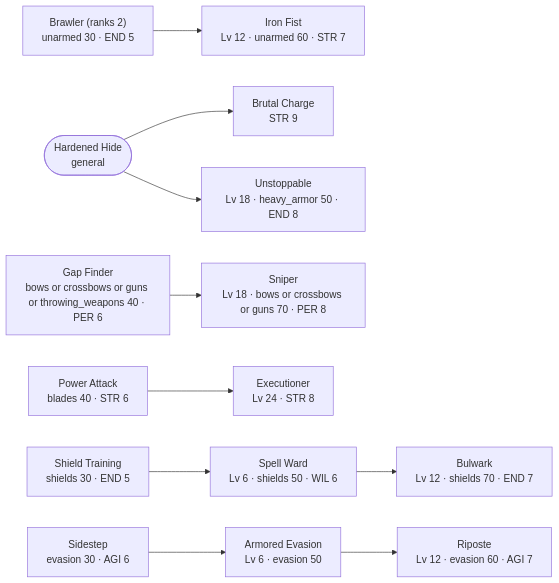
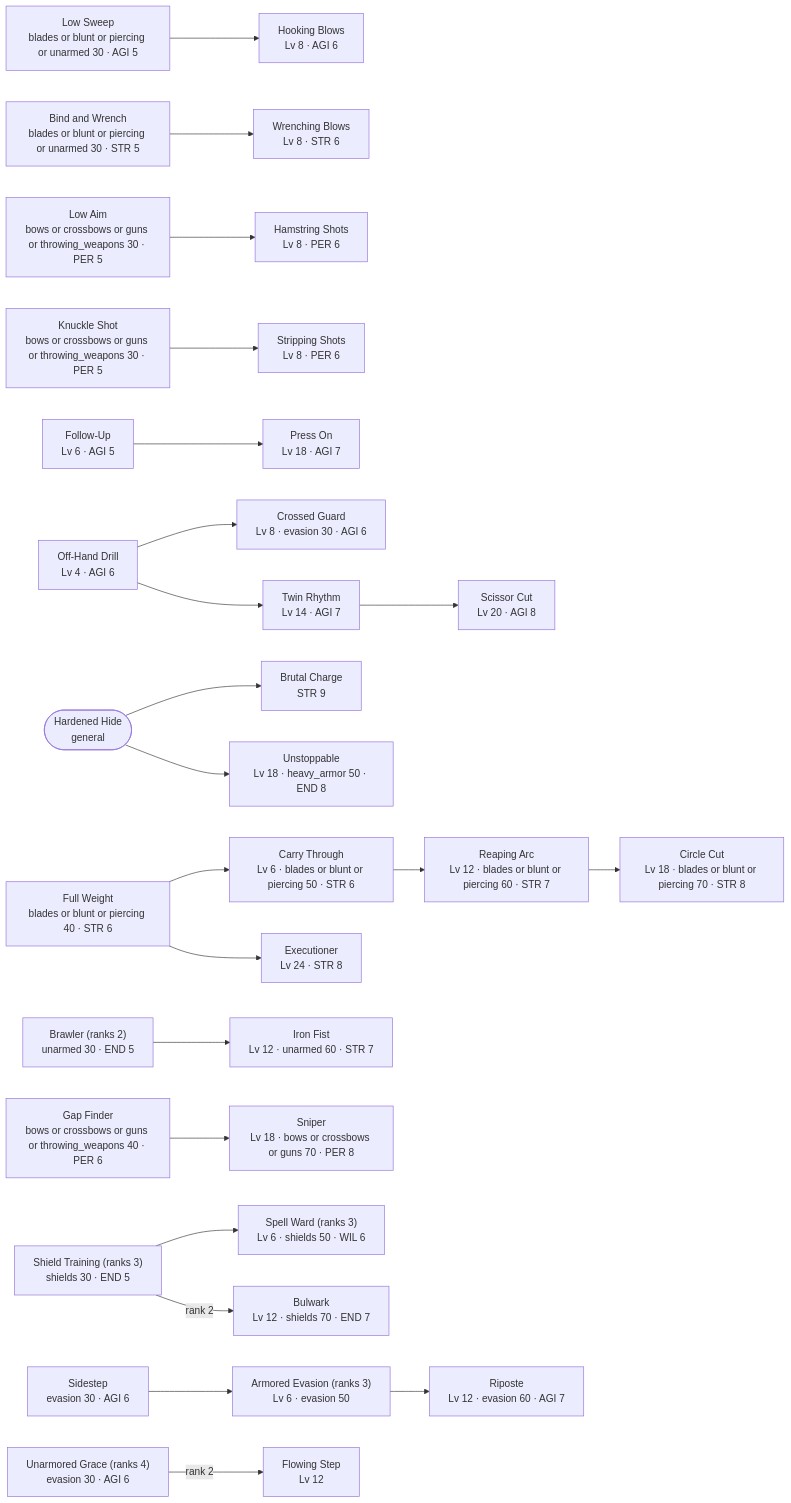
One commit to SETA1609/riftweave-core changed the first of 5 diagrams in docs/core/perk-ladders.md. Above: the diagram before and after it, drawn with Mermaid. The commit also changed other lines of this file and 116 other files, not shown here.

````diff
--- a/docs/core/perk-ladders.md
+++ b/docs/core/perk-ladders.md
@@ -18,27 +18,58 @@
 ```mermaid
 graph LR
-  power_attack["Power Attack<br/>blades 40 · STR 6"]
+  full_weight["Full Weight<br/>blades or blunt or piercing 40 · STR 6"]
   gap_finder["Gap Finder<br/>bows or crossbows or guns or throwing_weapons 40 · PER 6"]
+  low_sweep["Low Sweep<br/>blades or blunt or piercing or unarmed 30 · AGI 5"]
+  hooking_blows["Hooking Blows<br/>Lv 8 · AGI 6"]
+  bind_and_wrench["Bind and Wrench<br/>blades or blunt or piercing or unarmed 30 · STR 5"]
+  wrenching_blows["Wrenching Blows<br/>Lv 8 · STR 6"]
+  low_aim["Low Aim<br/>bows or crossbows or guns or throwing_weapons 30 · PER 5"]
+  hamstring_shots["Hamstring Shots<br/>Lv 8 · PER 6"]
+  knuckle_shot["Knuckle Shot<br/>bows or crossbows or guns or throwing_weapons 30 · PER 5"]
+  stripping_shots["Stripping Shots<br/>Lv 8 · PER 6"]
   brutal_charge["Brutal Charge<br/>STR 9"]
+  carry_through["Carry Through<br/>Lv 6 · blades or blunt or piercing 50 · STR 6"]
+  reaping_arc["Reaping Arc<br/>Lv 12 · blades or blunt or piercing 60 · STR 7"]
+  circle_cut["Circle Cut<br/>Lv 18 · blades or blunt or piercing 70 · STR 8"]
+  follow_up["Follow-Up<br/>Lv 6 · AGI 5"]
+  press_on["Press On<br/>Lv 18 · AGI 7"]
+  off_hand_drill["Off-Hand Drill<br/>Lv 4 · AGI 6"]
+  crossed_guard["Crossed Guard<br/>Lv 8 · evasion 30 · AGI 6"]
+  twin_rhythm["Twin Rhythm<br/>Lv 14 · AGI 7"]
+  scissor_cut["Scissor Cut<br/>Lv 20 · AGI 8"]
   brawler["Brawler (ranks 2)<br/>unarmed 30 · END 5"]
   iron_fist["Iron Fist<br/>Lv 12 · unarmed 60 · STR 7"]
   sniper["Sniper<br/>Lv 18 · bows or crossbows or guns 70 · PER 8"]
   unstoppable["Unstoppable<br/>Lv 18 · heavy_armor 50 · END 8"]
   executioner["Executioner<br/>Lv 24 · STR 8"]
-  shield_training["Shield Training<br/>shields 30 · END 5"]
-  spell_ward["Spell Ward<br/>Lv 6 · shields 50 · WIL 6"]
+  shield_training["Shield Training (ranks 3)<br/>shields 30 · END 5"]
+  spell_ward["Spell Ward (ranks 3)<br/>Lv 6 · shields 50 · WIL 6"]
   bulwark["Bulwark<br/>Lv 12 · shields 70 · END 7"]
   sidestep["Sidestep<br/>evasion 30 · AGI 6"]
-  armored_evasion["Armored Evasion<br/>Lv 6 · evasion 50"]
+  armored_evasion["Armored Evasion (ranks 3)<br/>Lv 6 · evasion 50"]
+  unarmored_grace["Unarmored Grace (ranks 4)<br/>evasion 30 · AGI 6"]
+  flowing_step["Flowing Step<br/>Lv 12"]
   riposte["Riposte<br/>Lv 12 · evasion 60 · AGI 7"]
+  low_sweep --> hooking_blows
+  bind_and_wrench --> wrenching_blows
+  low_aim --> hamstring_shots
+  knuckle_shot --> stripping_shots
   hardened_hide(["Hardened Hide<br/>general"])
   hardened_hide --> brutal_charge
+  full_weight --> carry_through
+  carry_through --> reaping_arc
+  reaping_arc --> circle_cut
+  follow_up --> press_on
+  off_hand_drill --> crossed_guard
+  off_hand_drill --> twin_rhythm
+  twin_rhythm --> scissor_cut
   brawler --> iron_fist
   gap_finder --> sniper
   hardened_hide --> unstoppable
-  power_attack --> executioner
+  full_weight --> executioner
   shield_training --> spell_ward
-  spell_ward --> bulwark
+  shield_training -- rank 2 --> bulwark
   sidestep --> armored_evasion
+  unarmored_grace -- rank 2 --> flowing_step
   armored_evasion --> riposte
 ```
````
